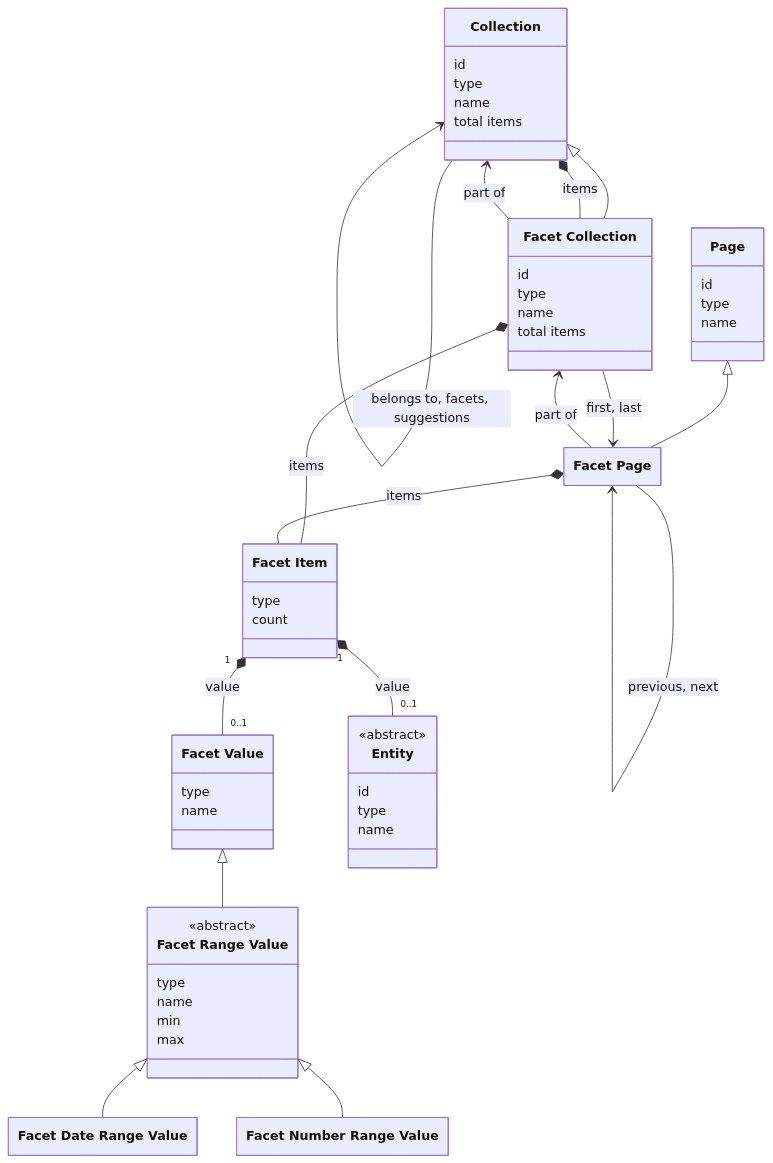
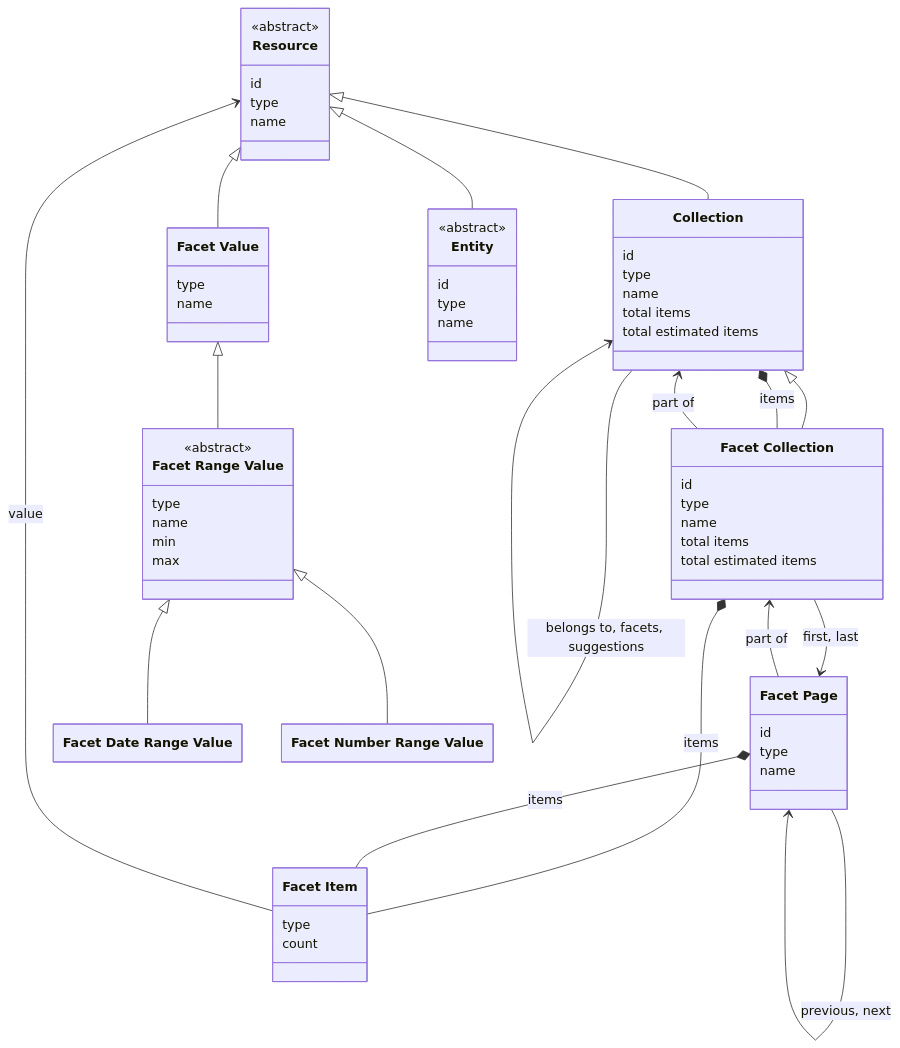
Before and after one commit to netwerk-digitaal-erfgoed/netwerk-digitaal-erfgoed.github.io: the diagram in docs/requirements/data-layer-api/rest/facets.md, drawn with Mermaid. The commit also changed other lines of this file and 6 other files, not shown here.

````diff
--- a/docs/requirements/data-layer-api/rest/facets.md
+++ b/docs/requirements/data-layer-api/rest/facets.md
@@ -38,73 +39,82 @@
 ```mermaid
 ---
   config:
     class:
       hideEmptyMembersBox: true
 ---
 classDiagram
 
+class Resource["Resource"] {
+  <<abstract>>
+  id
+  type
+  name
+}
+
 class Collection["Collection"] {
   id
   type
   name
   total items
+  total estimated items
 }
 
 class FacetCollection["Facet Collection"] {
   id
   type
   name
   total items
+  total estimated items
 }
 
-class Page["Page"] {
+class FacetPage["Facet Page"] {
   id
   type
   name
 }
 
-class FacetPage["Facet Page"]
 class FacetItem["Facet Item"] {
   type
   count
 }
 
 class FacetValue["Facet Value"] {
   type
   name
 }
 
 class FacetRangeValue["Facet Range Value"] {
   <<abstract>>
   type
   name
   min
   max
 }
 
 class FacetDateRangeValue["Facet Date Range Value"]
 class FacetNumberRangeValue["Facet Number Range Value"]
 
 class Entity {
   <<abstract>>
   id
   type
   name
 }
 
 Collection <|-- FacetCollection
 FacetValue <|-- FacetRangeValue
 FacetRangeValue <|-- FacetDateRangeValue
 FacetRangeValue <|-- FacetNumberRangeValue
-Page <|-- FacetPage
+Resource <|-- FacetValue
+Resource <|-- Entity
+Resource <|-- Collection
 Collection --> Collection : belongs to, facets, suggestions
 Collection *-- FacetCollection : items
 FacetCollection --> Collection : part of
 FacetCollection --> FacetPage : first, last
 FacetCollection *-- FacetItem : items
 FacetPage --> FacetCollection : part of
 FacetPage --> FacetPage : previous, next
 FacetPage *-- FacetItem : items
-FacetItem "1" *-- "0..1" FacetValue : value
-FacetItem "1" *-- "0..1" Entity  : value
+FacetItem --> Resource : value
 ```
````
